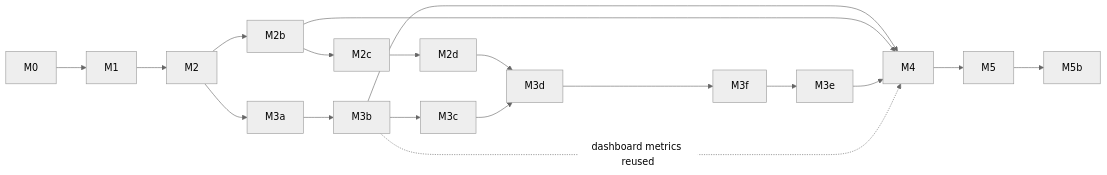
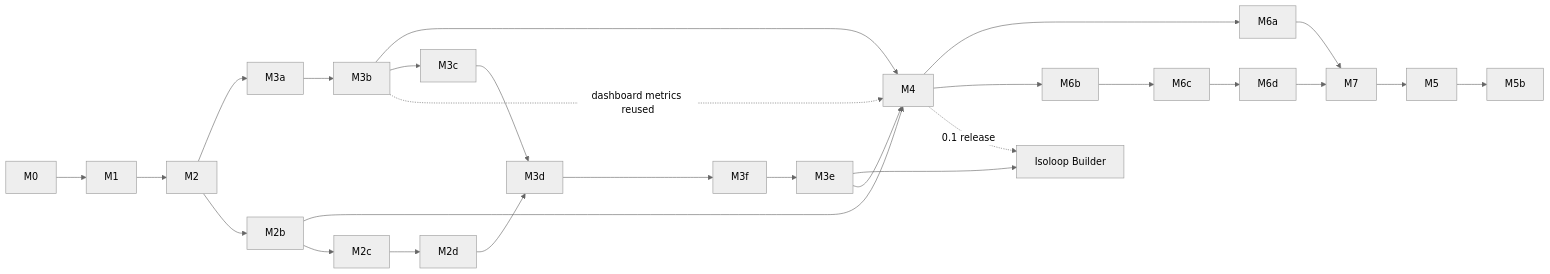
One commit to isoloop/isoloop changed the diagram in docs/plans/README.md. Above: the diagram before and after it, drawn with Mermaid (neutral theme). The commit also changed other lines of this file and 11 other files, not shown here.

Commit message:
docs(plans): M6 adapters, M7 WebMCP spike, the Isoloop Builder, and M4's devtools as an isolate

````diff
--- a/docs/plans/README.md
+++ b/docs/plans/README.md
@@ -27,9 +34,13 @@
 ```mermaid
 flowchart LR
   M0 --> M1 --> M2 --> M3a --> M3b --> M4
   M2 --> M2b --> M4
-  M4 --> M5 --> M5b
+  M4 --> M6a & M6b
+  M6b --> M6c --> M6d
+  M6a & M6d --> M7 --> M5 --> M5b
+  M3e --> Builder["Isoloop Builder"]
+  M4 -. "0.1 release" .-> Builder
   M2b --> M2c --> M2d --> M3d --> M3f --> M3e --> M4
   M3b --> M3c --> M3d
   M3b -. "dashboard metrics reused" .-> M4
 ```
````
